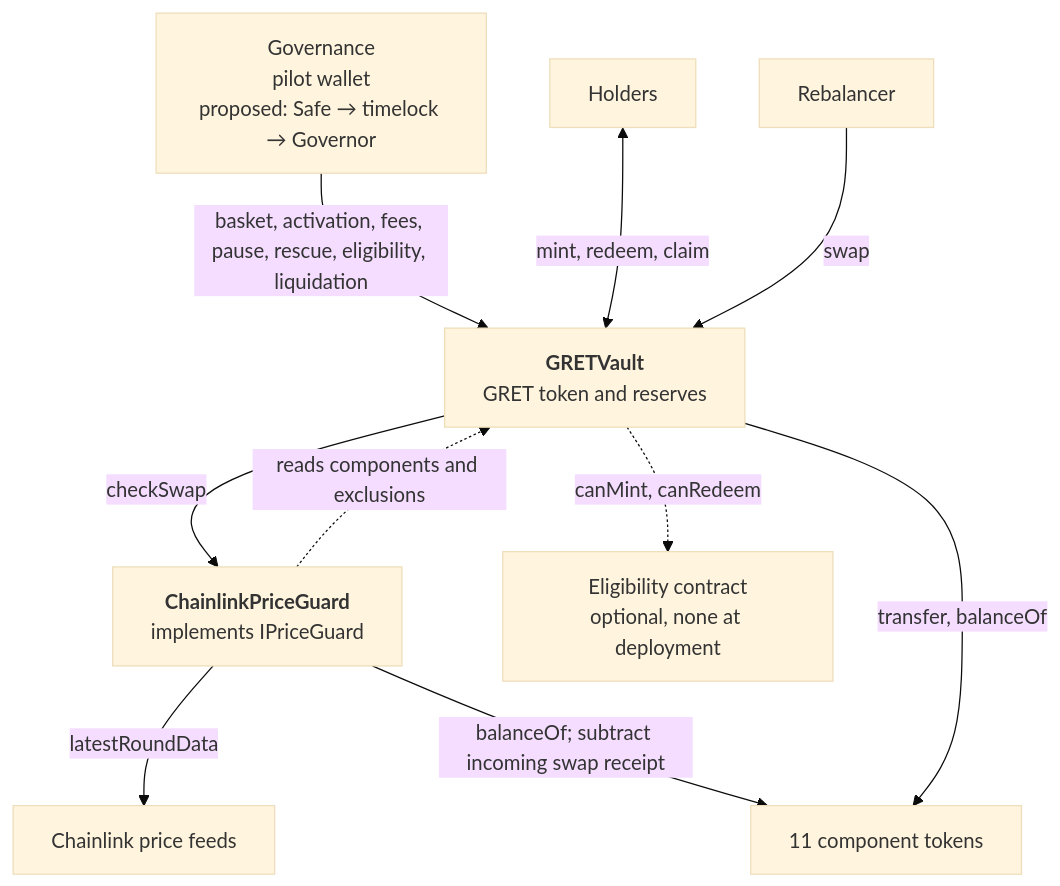
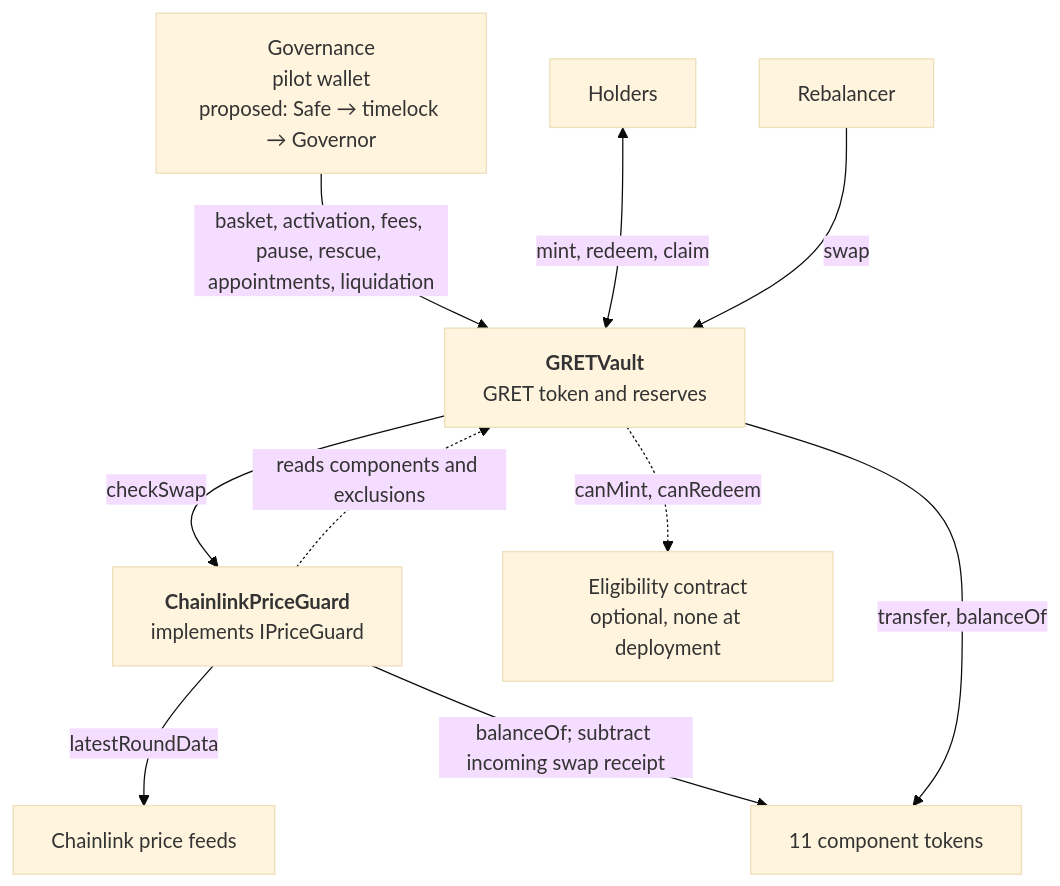
The diagram in README.md (global-reserve/gret-contracts), drawn with Mermaid (base theme) before and after one commit. The commit also changed other lines of this file and 1 other file, not shown here.

````diff
--- a/README.md
+++ b/README.md
@@ -43,20 +43,20 @@
 ```mermaid
 flowchart TB
     Gov["Governance<br/>pilot wallet<br/>proposed: Safe → timelock → Governor"]
     Holders["Holders"]
     Vault["<b>GRETVault</b><br/>GRET token and reserves"]
     Rebalancer["Rebalancer"]
     Guard["<b>ChainlinkPriceGuard</b><br/>implements IPriceGuard"]
     Feeds["Chainlink price feeds"]
     Tokens["11 component tokens"]
     Eligibility["Eligibility contract<br/>optional, none at deployment"]
-    Gov -->|"basket, activation, fees, pause, rescue, eligibility, liquidation"| Vault
+    Gov -->|"basket, activation, fees, pause, rescue, appointments, liquidation"| Vault
     Holders <-->|"mint, redeem, claim"| Vault
     Rebalancer -->|swap| Vault
     Vault -->|checkSwap| Guard
     Vault -.->|"canMint, canRedeem"| Eligibility
     Guard -->|latestRoundData| Feeds
     Guard -.->|"reads components and exclusions"| Vault
     Guard -->|"balanceOf; subtract incoming swap receipt"| Tokens
     Vault -->|"transfer, balanceOf"| Tokens
 ```
````
